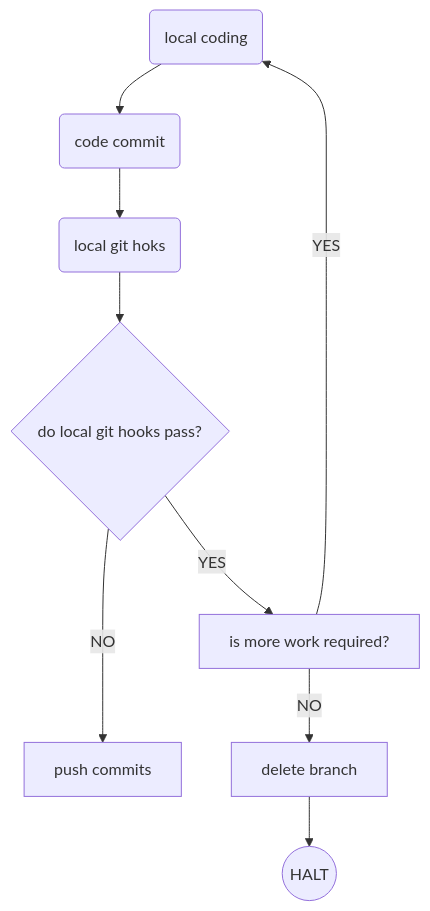
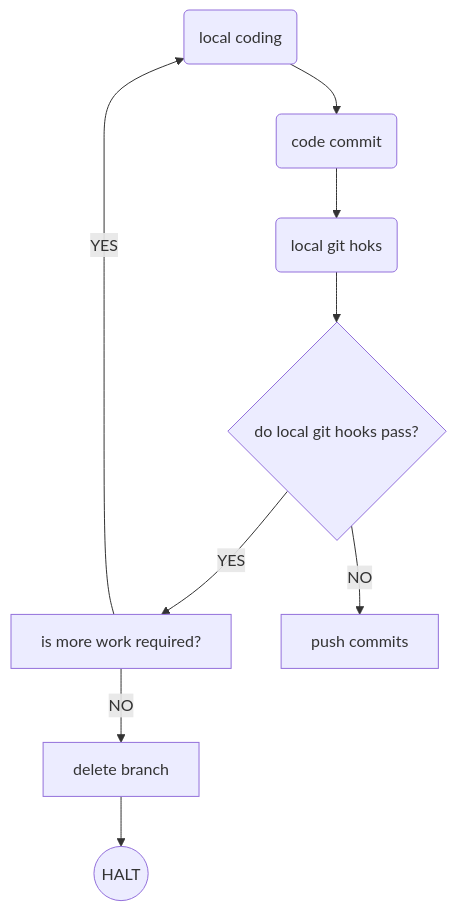
One commit to jhriv/kubernetes-deployment-flowchart changed the diagram in README.md. Above: the diagram before and after it, drawn with Mermaid.

Commit message:
Fix GHP arrow

````diff
--- a/README.md
+++ b/README.md
@@ -5,12 +5,12 @@
 ```mermaid
 flowchart TD
   LC(local coding) --> CC(code commit)
   CC --> LGH(local git hoks)
   LGH --> GHP{do local git hooks pass?}
   GHP --> |YES| MWR[is more work required?]
-  GHP ---> |NO| PC[push commits]
+  GHP --> |NO| PC[push commits]
   MWR --> |YES| LC
   MWR --> |NO| DB[delete branch]
   DB --> H((HALT))
 
 ```
````
